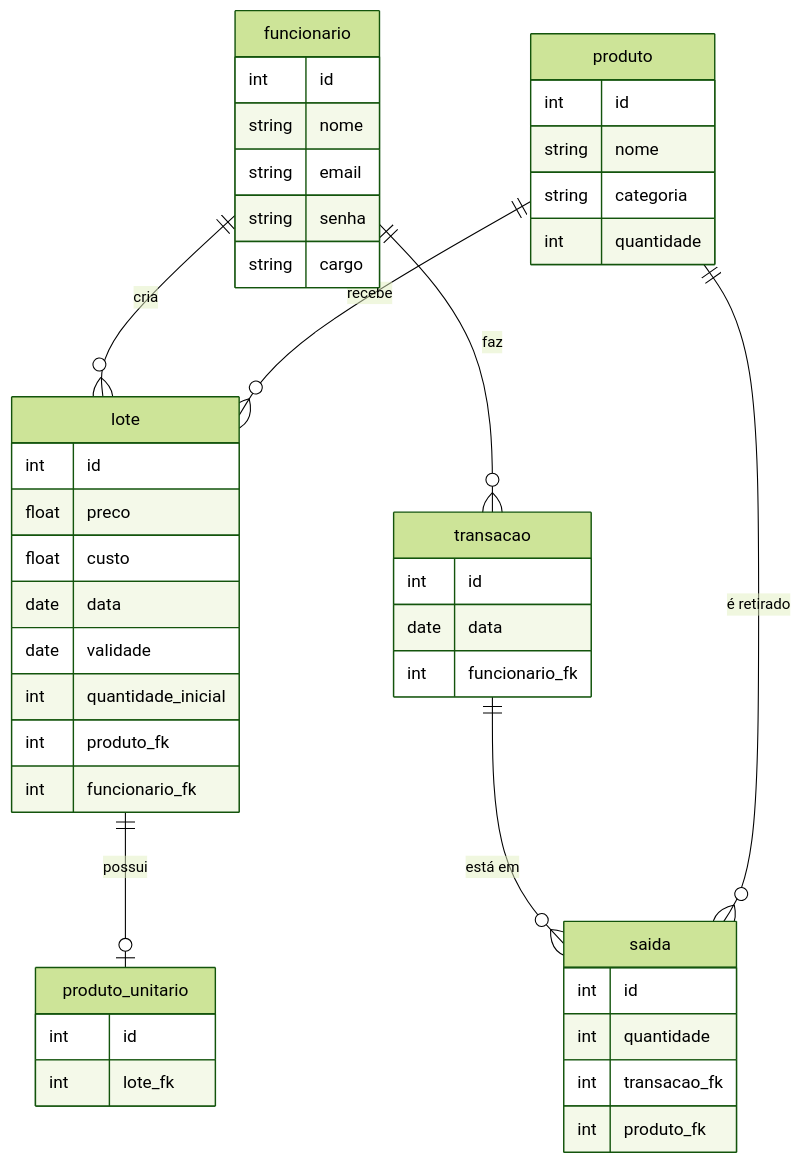
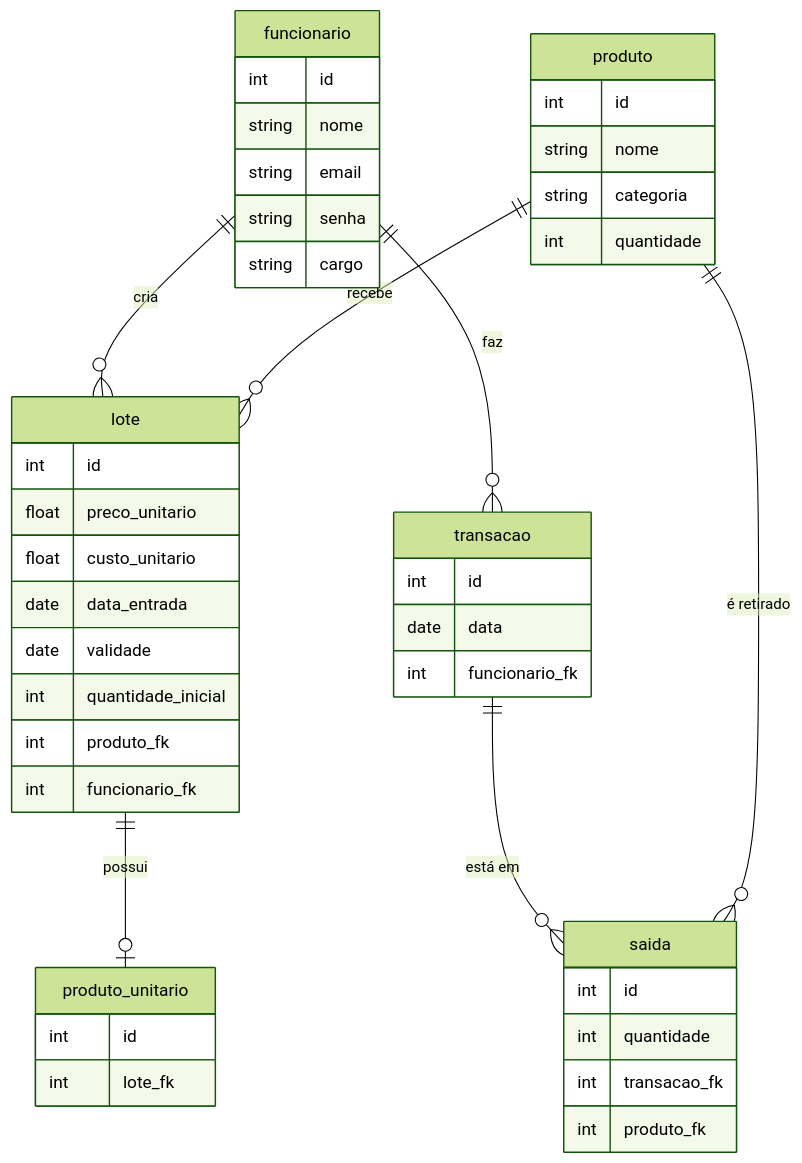
The diagram in documentacao/modelo-conceitual.md (Gabriela-Amaro/gerenciamento-de-estoque), drawn with Mermaid (forest theme) before and after one commit.

````diff
--- a/documentacao/modelo-conceitual.md
+++ b/documentacao/modelo-conceitual.md
@@ -3,53 +3,53 @@
 ```mermaid
 erDiagram
     funcionario {
         int id
         string nome
         string email
         string senha
         string cargo
     }
 
     transacao {
         int id
         date data
         int funcionario_fk
     }
 
     saida {
         int id
         int quantidade
         int transacao_fk
         int produto_fk
     }
 
     produto_unitario {
         int id
         int lote_fk
     }
 
     lote {
         int id
-        float preco
-        float custo
-        date data
+        float preco_unitario
+        float custo_unitario
+        date data_entrada
         date validade
         int quantidade_inicial
         int produto_fk
         int funcionario_fk
     }
 
     produto {
         int id
         string nome
         string categoria
         int quantidade
     }
 
     funcionario ||--o{ lote : "cria"
     lote ||--o| produto_unitario : "possui"
     funcionario ||--o{ transacao : "faz"
     transacao ||--o{ saida : "está em"
     produto ||--o{ lote : "recebe"
     produto ||--o{ saida : "é retirado"
 ```
````
